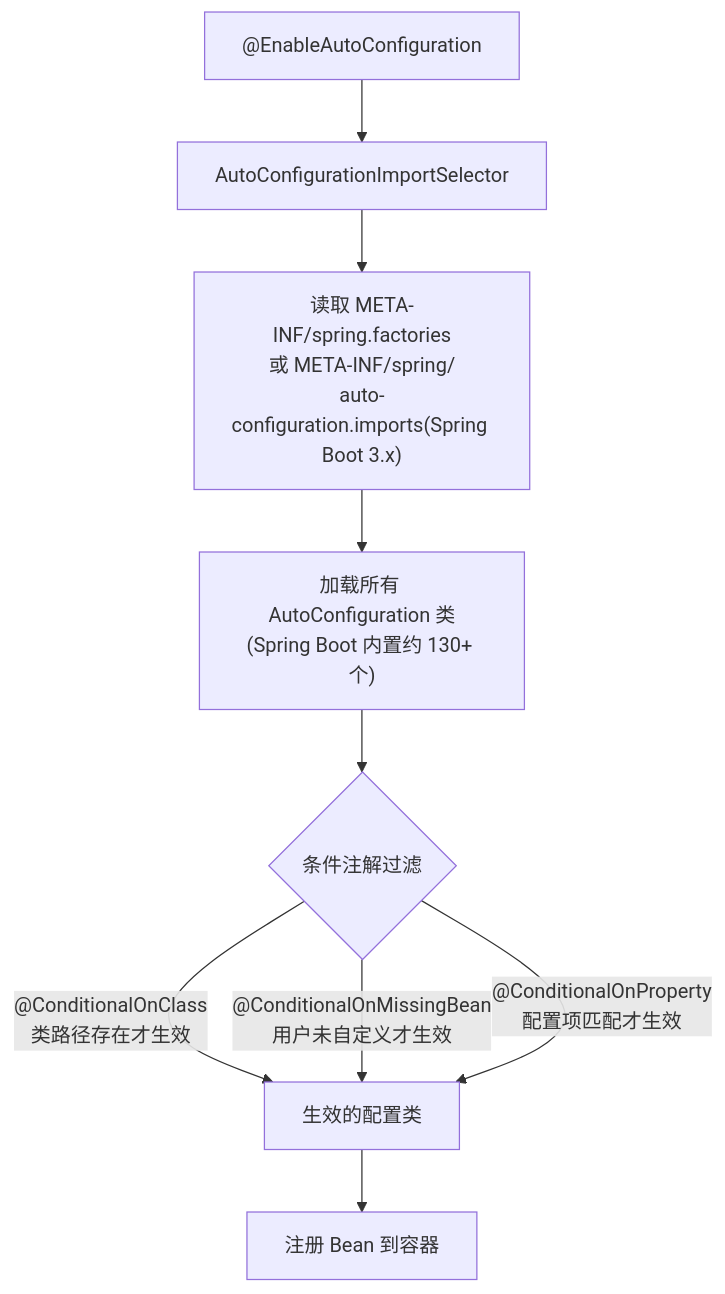
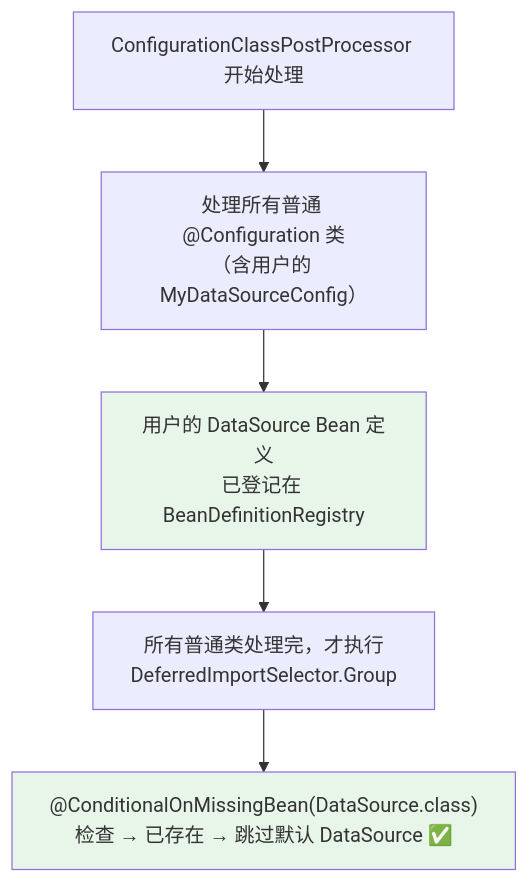
Before and after one commit to b1tzer/b1tzer.github.io: the fifth of 5 diagrams in docs/02-spring/01-核心基础/07-SpringBoot自动配置原理.md, drawn with Mermaid. The commit also changed other lines of this file and 10 other files, not shown here.

````diff
--- a/docs/02-spring/01-核心基础/07-SpringBoot自动配置原理.md
+++ b/docs/02-spring/01-核心基础/07-SpringBoot自动配置原理.md
@@ -35,11 +313,11 @@
 ```mermaid
 flowchart TD
-    A["@EnableAutoConfiguration"] --> B["AutoConfigurationImportSelector"]
-    B --> C["读取 META-INF/spring.factories<br>或 META-INF/spring/<br>auto-configuration.imports(Spring Boot 3.x)"]
-    C --> D["加载所有 AutoConfiguration 类<br>(Spring Boot 内置约 130+ 个)"]
-    D --> E{"条件注解过滤"}
-    E -->|"@ConditionalOnClass<br>类路径存在才生效"| F["生效的配置类"]
-    E -->|"@ConditionalOnMissingBean<br>用户未自定义才生效"| F
-    E -->|"@ConditionalOnProperty<br>配置项匹配才生效"| F
-    F --> G["注册 Bean 到容器"]
+    A["ConfigurationClassPostProcessor 开始处理"]
+    A --> B["处理所有普通 @Configuration 类<br>（含用户的 MyDataSourceConfig）"]
+    B --> C["用户的 DataSource Bean 定义<br>已登记在 BeanDefinitionRegistry"]
+    C --> D["所有普通类处理完，才执行<br>DeferredImportSelector.Group"]
+    D --> E["@ConditionalOnMissingBean(DataSource.class)<br>检查 → 已存在 → 跳过默认 DataSource ✅"]
+
+    style C fill:#e8f5e9
+    style E fill:#e8f5e9
 ```
````
